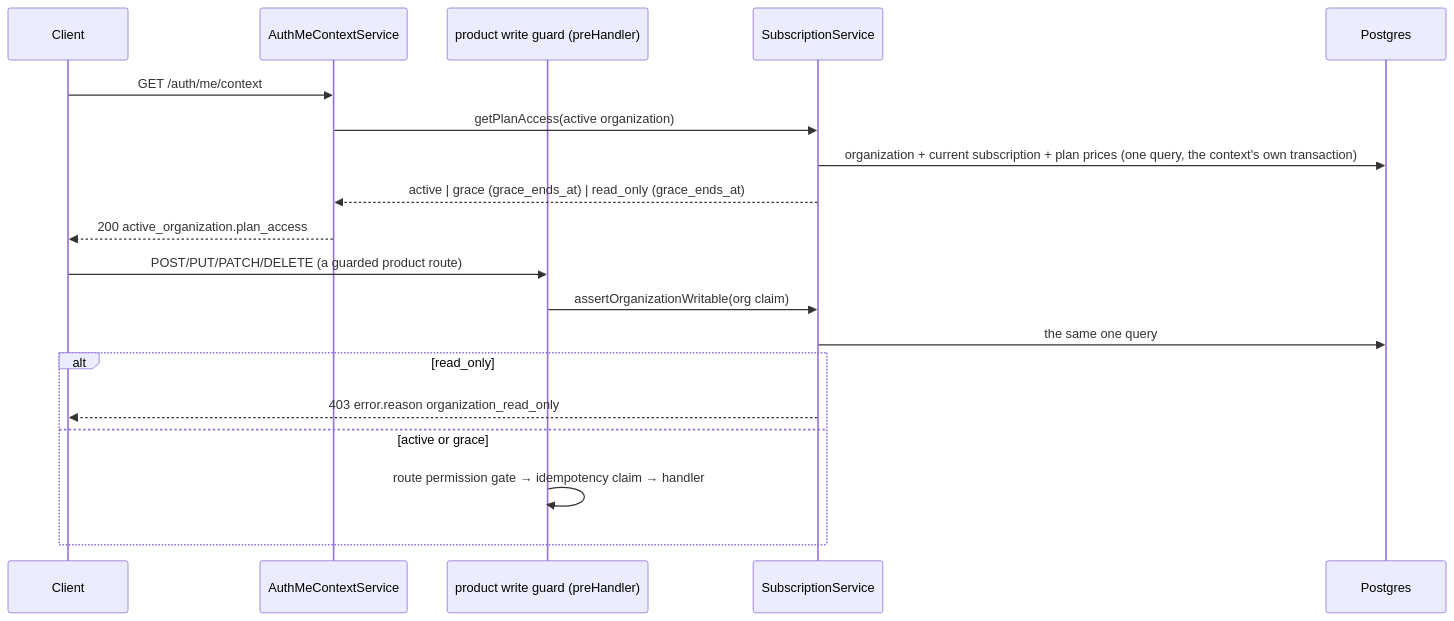
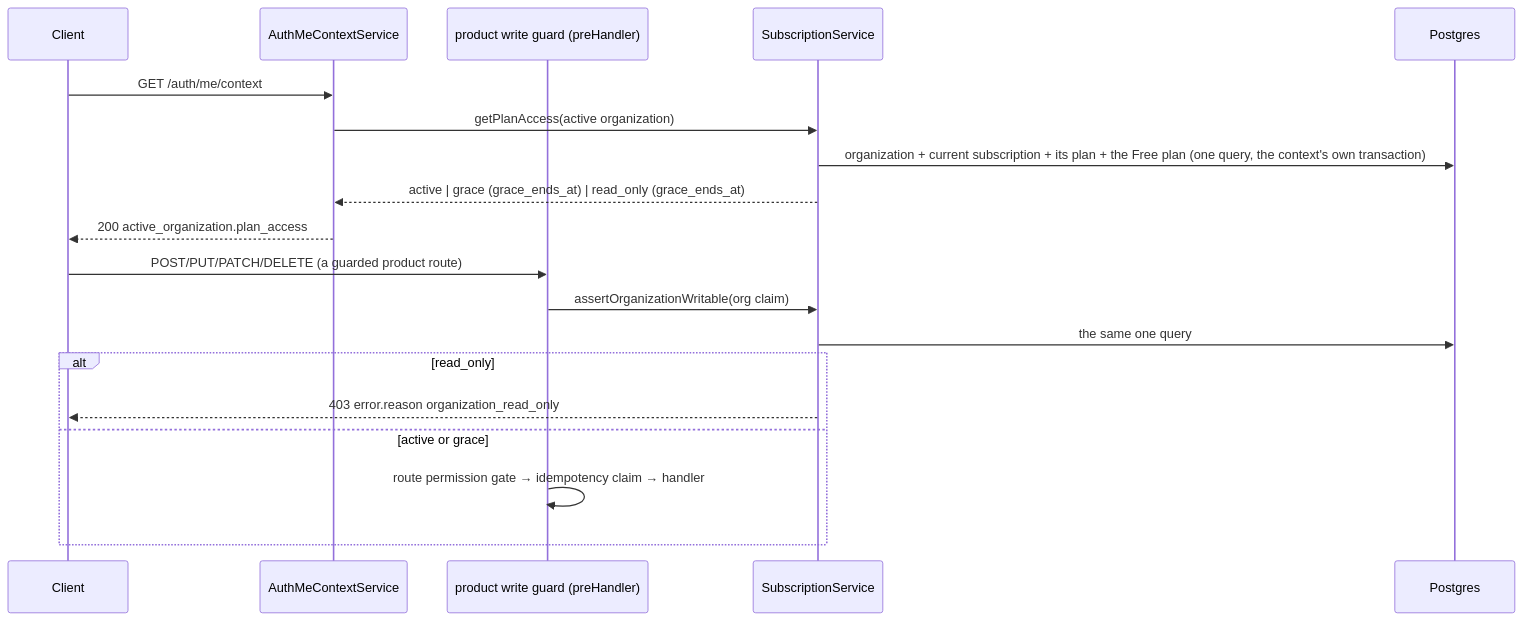
The seventh of 17 diagrams in src/FLOWS.md (albetrios/meepzo-be), drawn with Mermaid before and after one commit. The commit also changed other lines of this file and 54 other files, not shown here.

First line of the commit message:
feat(billing): iteration row R1 — Flowdm plans, one switch per feature, the plan entitlement

````diff
--- a/src/FLOWS.md
+++ b/src/FLOWS.md
@@ -339,21 +339,21 @@
 ```mermaid
 sequenceDiagram
   participant Client
   participant Ctx as AuthMeContextService
   participant Guard as product write guard (preHandler)
   participant Sub as SubscriptionService
   participant DB as Postgres
   Client->>Ctx: GET /auth/me/context
   Ctx->>Sub: getPlanAccess(active organization)
-  Sub->>DB: organization + current subscription + plan prices (one query, the context's own transaction)
+  Sub->>DB: organization + current subscription + its plan + the Free plan (one query, the context's own transaction)
   Sub-->>Ctx: active | grace (grace_ends_at) | read_only (grace_ends_at)
   Ctx-->>Client: 200 active_organization.plan_access
   Client->>Guard: POST/PUT/PATCH/DELETE (a guarded product route)
   Guard->>Sub: assertOrganizationWritable(org claim)
   Sub->>DB: the same one query
   alt read_only
     Sub-->>Client: 403 error.reason organization_read_only
   else active or grace
     Guard->>Guard: route permission gate → idempotency claim → handler
   end
 ```
````
